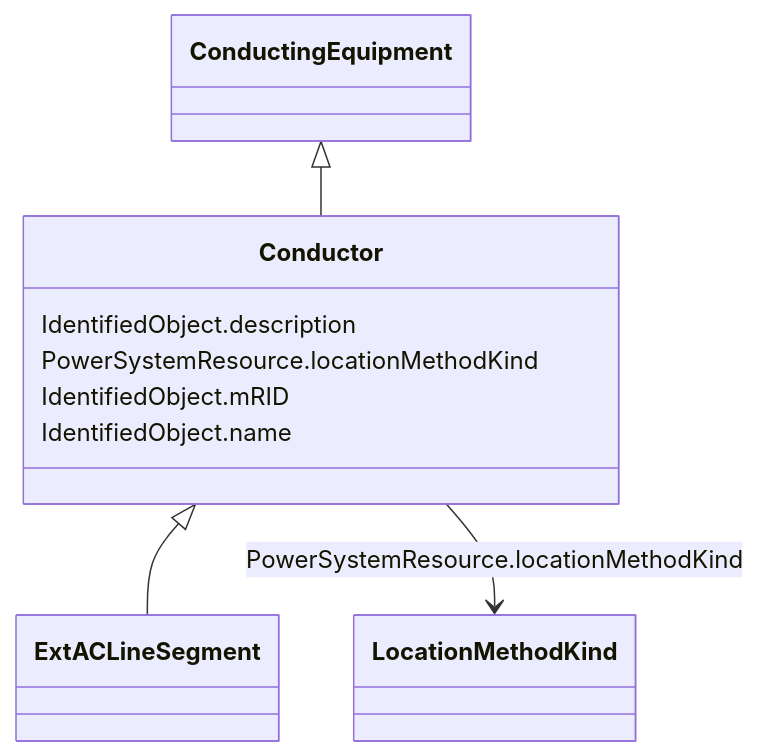
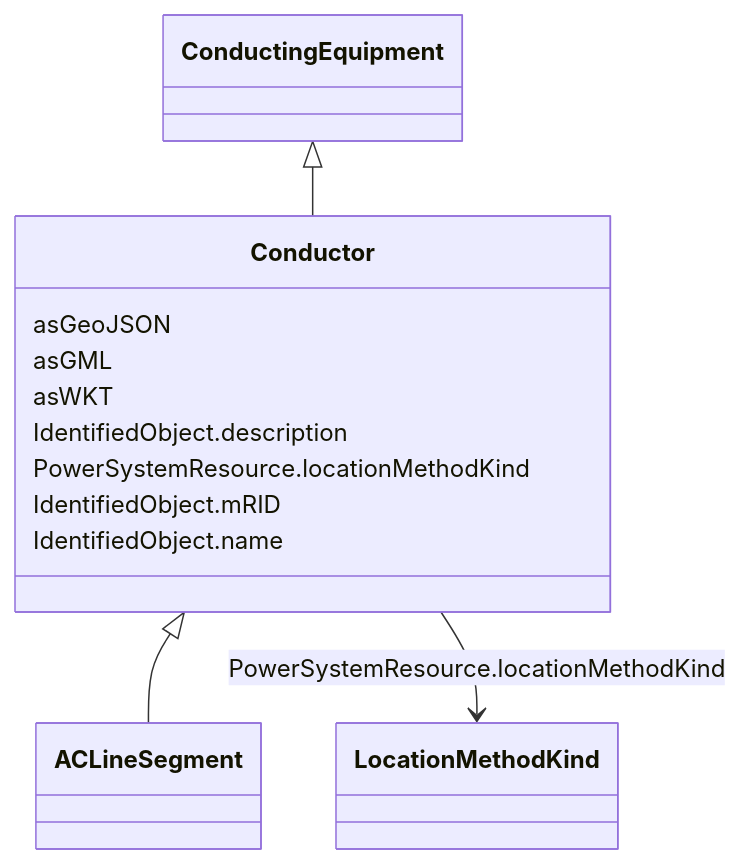
One commit to 3lbits/NoCIMExtensions changed the diagram in docs/AviationObstacle/Conductor.md. Above: the diagram before and after it, drawn with Mermaid. The commit also changed other lines of this file and 34 other files, not shown here.

````diff
--- a/docs/AviationObstacle/Conductor.md
+++ b/docs/AviationObstacle/Conductor.md
@@ -18,25 +18,31 @@
 ```mermaid
  classDiagram
     class Conductor
     click Conductor href "../Conductor"
       ConductingEquipment <|-- Conductor
         click ConductingEquipment href "../ConductingEquipment"
       
 
-      Conductor <|-- ExtACLineSegment
-        click ExtACLineSegment href "../ExtACLineSegment"
+      Conductor <|-- ACLineSegment
+        click ACLineSegment href "../ACLineSegment"
       
       
+      Conductor : asGeoJSON
+        
+      Conductor : asGML
+        
+      Conductor : asWKT
+        
       Conductor : IdentifiedObject.description
         
       Conductor : PowerSystemResource.locationMethodKind
         
           Conductor --> LocationMethodKind : PowerSystemResource.locationMethodKind
           click LocationMethodKind href "../LocationMethodKind"
         
       Conductor : IdentifiedObject.mRID
         
       Conductor : IdentifiedObject.name
         
       
 ```
````
